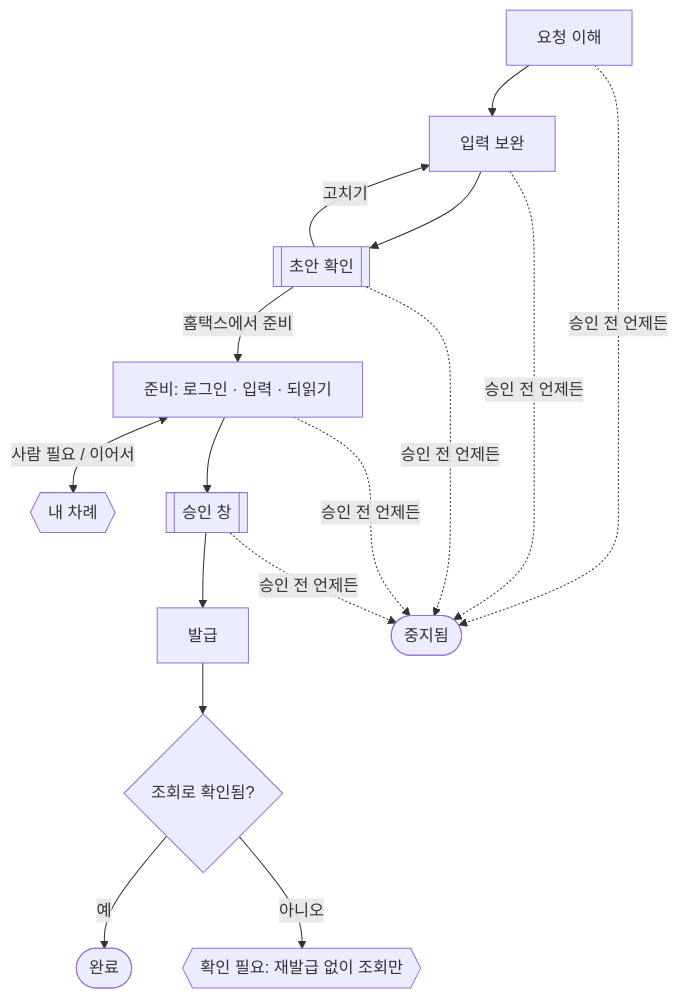
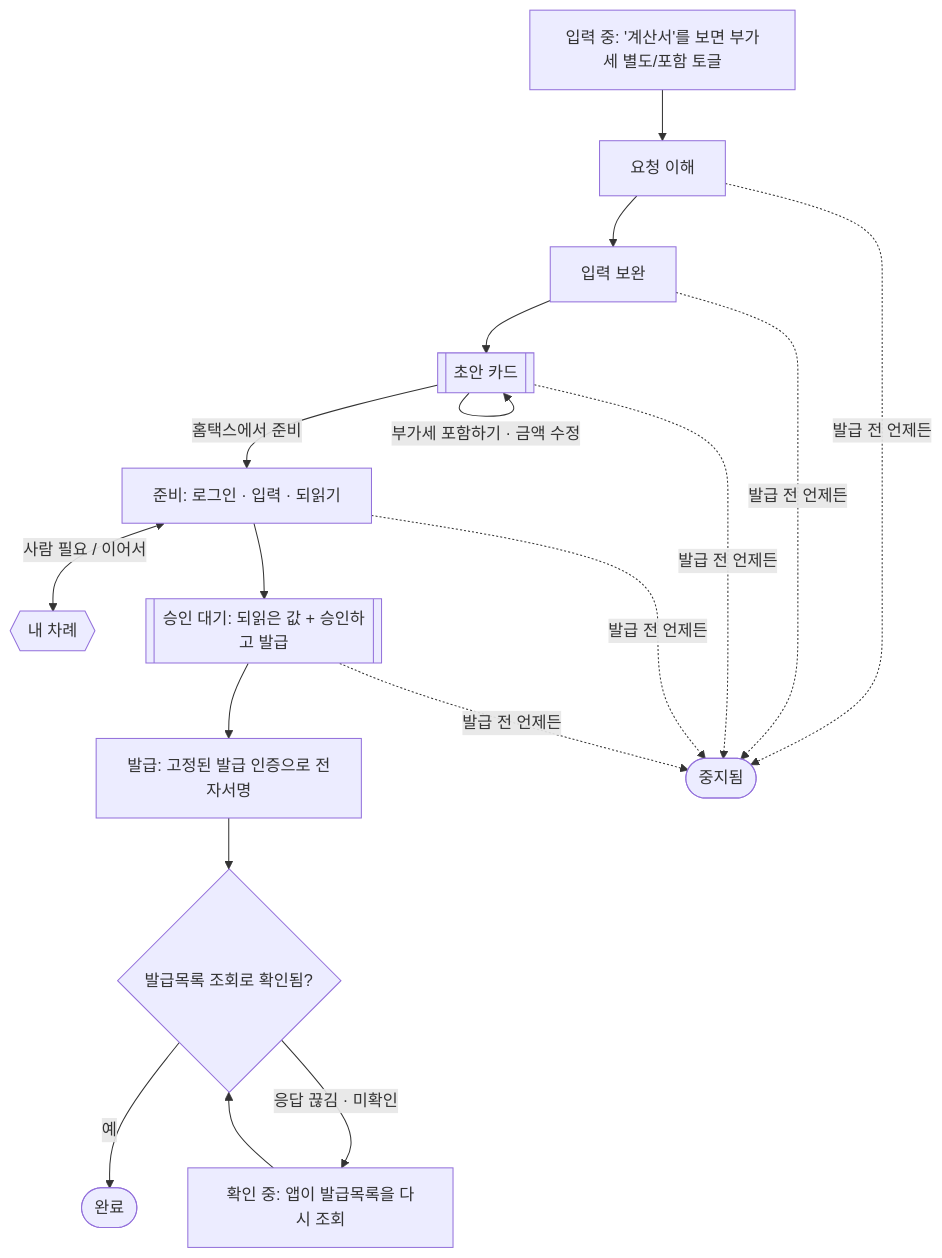
One commit to LAF-labs/tex changed the second of 2 diagrams in sovereign-ax/08-screen-plan.md. Above: the diagram before and after it, drawn with Mermaid. The commit also changed other lines of this file and 23 other files, not shown here.

````diff
--- a/sovereign-ax/08-screen-plan.md
+++ b/sovereign-ax/08-screen-plan.md
@@ -150,13 +150,15 @@
 ```mermaid
 flowchart TD
-  s1[요청 이해] --> s2[입력 보완] --> s3[[초안 확인]]
-  s3 -->|고치기| s2
+  s0[입력 중: '계산서'를 보면 부가세 별도/포함 토글] --> s1[요청 이해]
+  s1 --> s2[입력 보완] --> s3[[초안 카드]]
+  s3 -->|부가세 포함하기 · 금액 수정| s3
   s3 -->|홈택스에서 준비| s4[준비: 로그인 · 입력 · 되읽기]
   s4 <-->|사람 필요 / 이어서| turn{{내 차례}}
-  s4 --> s5[[승인 창]]
-  s5 --> s6[발급]
-  s6 --> v{조회로 확인됨?}
+  s4 --> s5[[승인 대기: 되읽은 값 + 승인하고 발급]]
+  s5 --> s6[발급: 고정된 발급 인증으로 전자서명]
+  s6 --> v{발급목록 조회로 확인됨?}
   v -->|예| done([완료])
-  v -->|아니오| doubt{{확인 필요: 재발급 없이 조회만}}
-  s1 & s2 & s3 & s4 & s5 -.->|승인 전 언제든| stop([중지됨])
+  v -->|응답 끊김 · 미확인| check[확인 중: 앱이 발급목록을 다시 조회]
+  check --> v
+  s1 & s2 & s3 & s4 & s5 -.->|발급 전 언제든| stop([중지됨])
 ```
````
